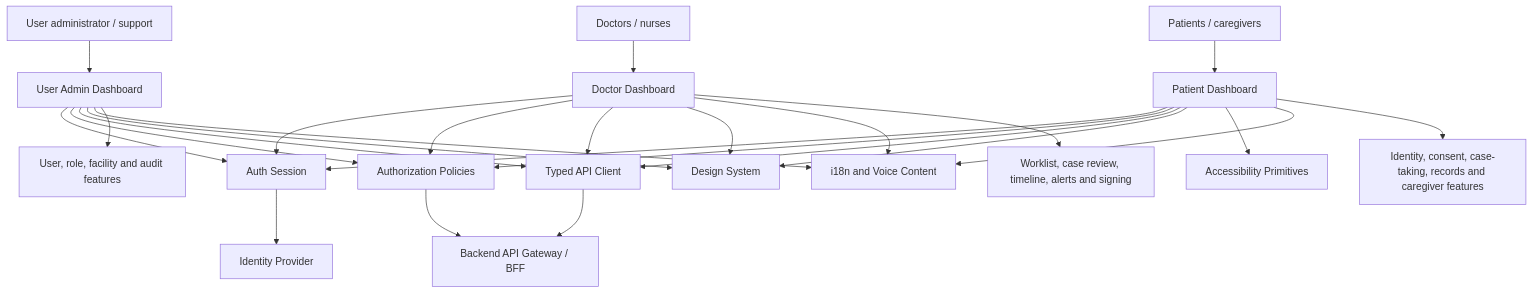
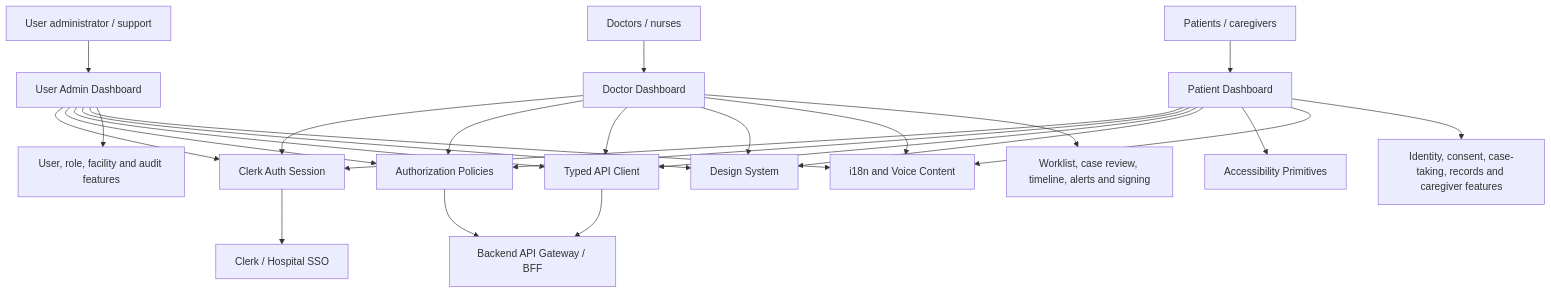
One commit to shivamsingh-007/NotMID changed the first of 2 diagrams in patient-case-taking-platform/frontend/CONTEXT-GRAPH.md. Above: the diagram before and after it, drawn with Mermaid. The commit also changed other lines of this file and 33 other files, not shown here.

Commit message:
docs:revise-architecture-stack

````diff
--- a/patient-case-taking-platform/frontend/CONTEXT-GRAPH.md
+++ b/patient-case-taking-platform/frontend/CONTEXT-GRAPH.md
@@ -3,35 +3,35 @@
 ```mermaid
 flowchart TD
     USERS["User administrator / support"] --> ADMIN["User Admin Dashboard"]
     DOCTORS["Doctors / nurses"] --> DOCTOR["Doctor Dashboard"]
     PATIENTS["Patients / caregivers"] --> PATIENT["Patient Dashboard"]
 
-    ADMIN --> AUTH["Auth Session"]
+    ADMIN --> AUTH["Clerk Auth Session"]
     DOCTOR --> AUTH
     PATIENT --> AUTH
 
     ADMIN --> AUTHZ["Authorization Policies"]
     DOCTOR --> AUTHZ
     PATIENT --> AUTHZ
 
     ADMIN --> API["Typed API Client"]
     DOCTOR --> API
     PATIENT --> API
 
     ADMIN --> DS["Design System"]
     DOCTOR --> DS
     PATIENT --> DS
 
     PATIENT --> A11Y["Accessibility Primitives"]
     PATIENT --> I18N["i18n and Voice Content"]
     DOCTOR --> I18N
     ADMIN --> I18N
 
     API --> GATEWAY["Backend API Gateway / BFF"]
-    AUTH --> IDP["Identity Provider"]
+    AUTH --> IDP["Clerk / Hospital SSO"]
     AUTHZ --> GATEWAY
 
     ADMIN --> ADMINF["User, role, facility and audit features"]
     DOCTOR --> DOCTORF["Worklist, case review, timeline, alerts and signing"]
     PATIENT --> PATIENTF["Identity, consent, case-taking, records and caregiver features"]
 ```
````
